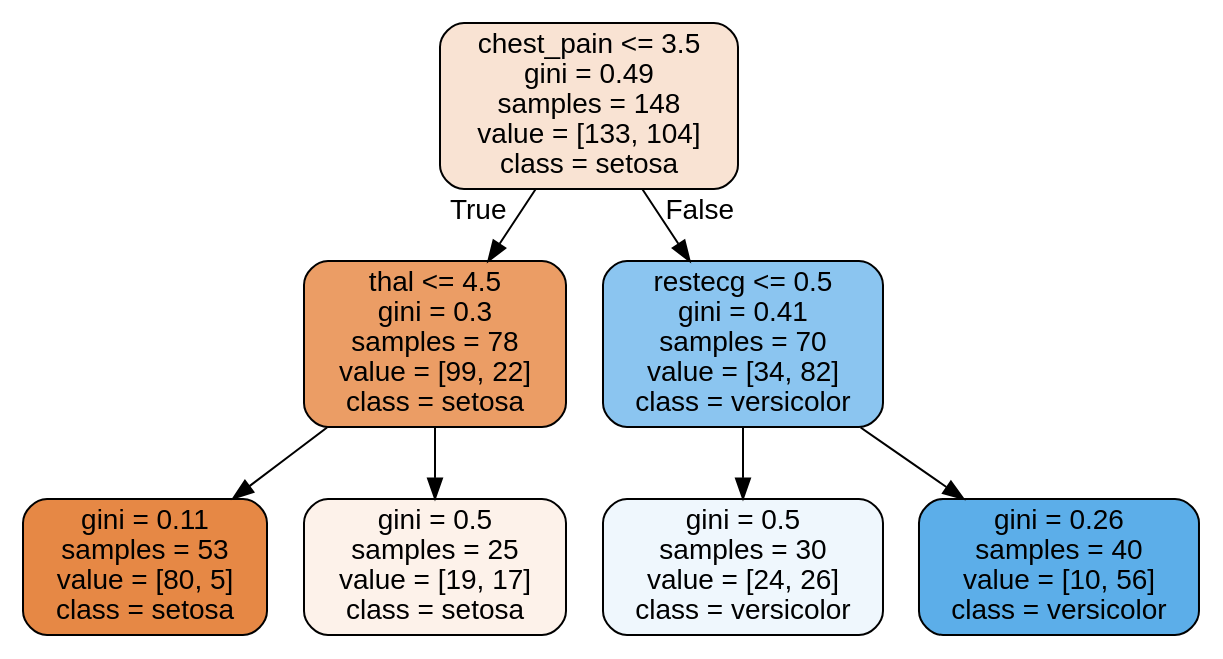
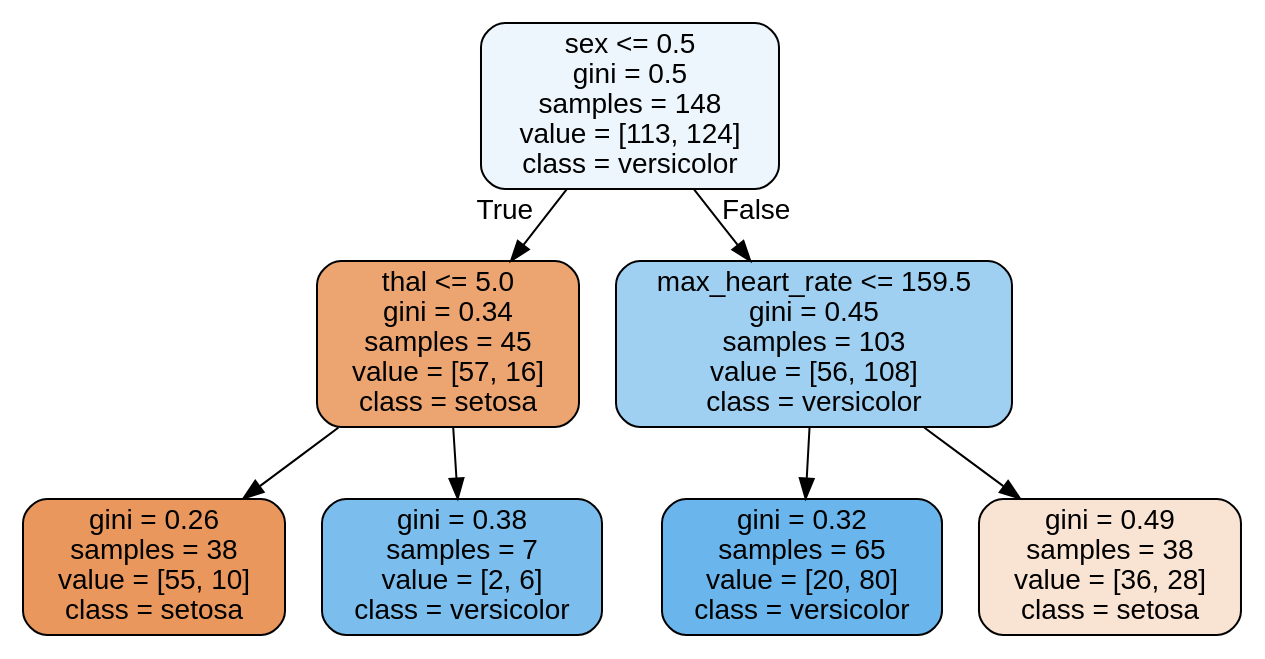
Before and after one commit to LoomisLoud/explain-ml: the diagram in notebooks/tree.dot, drawn with Graphviz. The commit also changed 2 other files, not shown here.

```diff
--- a/notebooks/tree.dot
+++ b/notebooks/tree.dot
@@ -1,17 +1,17 @@
 digraph Tree {
 node [shape=box, style="filled, rounded", color="black", fontname=helvetica] ;
 edge [fontname=helvetica] ;
-0 [label="chest_pain <= 3.5\ngini = 0.49\nsamples = 148\nvalue = [133, 104]\nclass = setosa", fillcolor="#e5813938"] ;
-1 [label="thal <= 4.5\ngini = 0.3\nsamples = 78\nvalue = [99, 22]\nclass = setosa", fillcolor="#e58139c6"] ;
+0 [label="sex <= 0.5\ngini = 0.5\nsamples = 148\nvalue = [113, 124]\nclass = versicolor", fillcolor="#399de517"] ;
+1 [label="thal <= 5.0\ngini = 0.34\nsamples = 45\nvalue = [57, 16]\nclass = setosa", fillcolor="#e58139b7"] ;
 0 -> 1 [labeldistance=2.5, labelangle=45, headlabel="True"] ;
-2 [label="gini = 0.11\nsamples = 53\nvalue = [80, 5]\nclass = setosa", fillcolor="#e58139ef"] ;
+2 [label="gini = 0.26\nsamples = 38\nvalue = [55, 10]\nclass = setosa", fillcolor="#e58139d1"] ;
 1 -> 2 ;
-3 [label="gini = 0.5\nsamples = 25\nvalue = [19, 17]\nclass = setosa", fillcolor="#e581391b"] ;
+3 [label="gini = 0.38\nsamples = 7\nvalue = [2, 6]\nclass = versicolor", fillcolor="#399de5aa"] ;
 1 -> 3 ;
-4 [label="restecg <= 0.5\ngini = 0.41\nsamples = 70\nvalue = [34, 82]\nclass = versicolor", fillcolor="#399de595"] ;
+4 [label="max_heart_rate <= 159.5\ngini = 0.45\nsamples = 103\nvalue = [56, 108]\nclass = versicolor", fillcolor="#399de57b"] ;
 0 -> 4 [labeldistance=2.5, labelangle=-45, headlabel="False"] ;
-5 [label="gini = 0.5\nsamples = 30\nvalue = [24, 26]\nclass = versicolor", fillcolor="#399de514"] ;
+5 [label="gini = 0.32\nsamples = 65\nvalue = [20, 80]\nclass = versicolor", fillcolor="#399de5bf"] ;
 4 -> 5 ;
-6 [label="gini = 0.26\nsamples = 40\nvalue = [10, 56]\nclass = versicolor", fillcolor="#399de5d1"] ;
+6 [label="gini = 0.49\nsamples = 38\nvalue = [36, 28]\nclass = setosa", fillcolor="#e5813939"] ;
 4 -> 6 ;
 }
```
